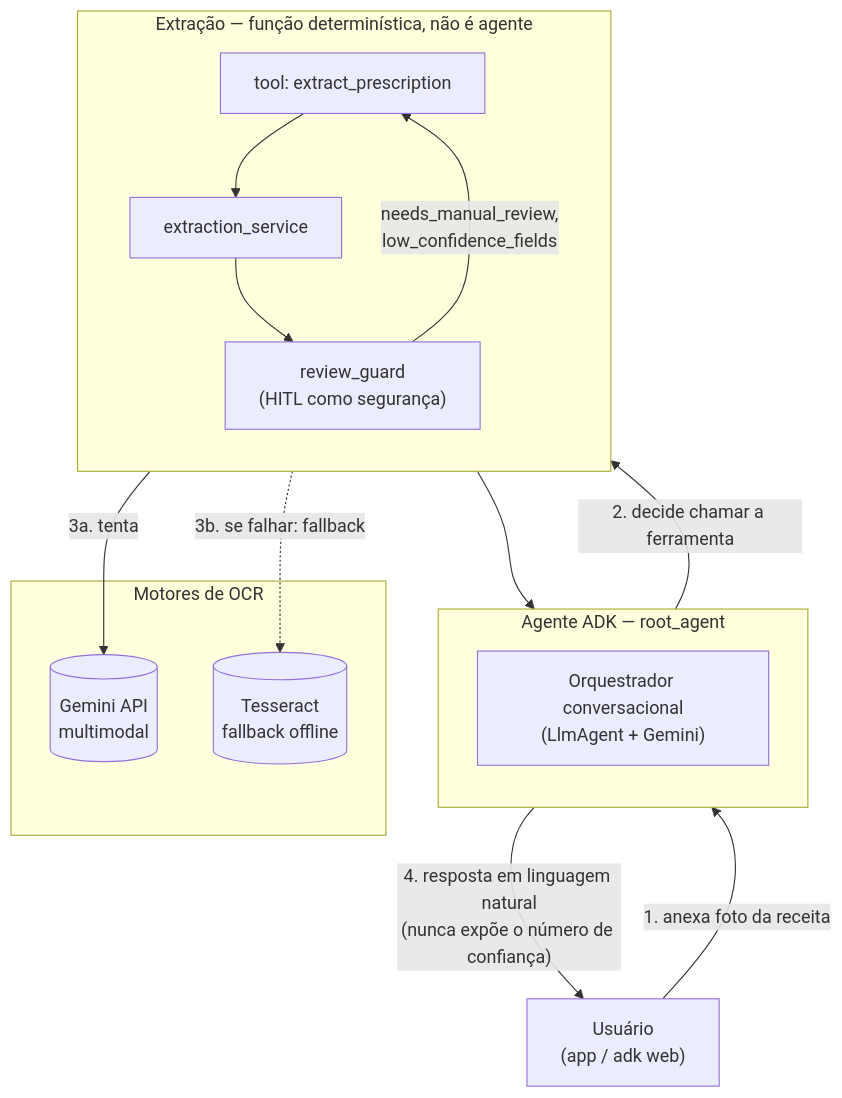
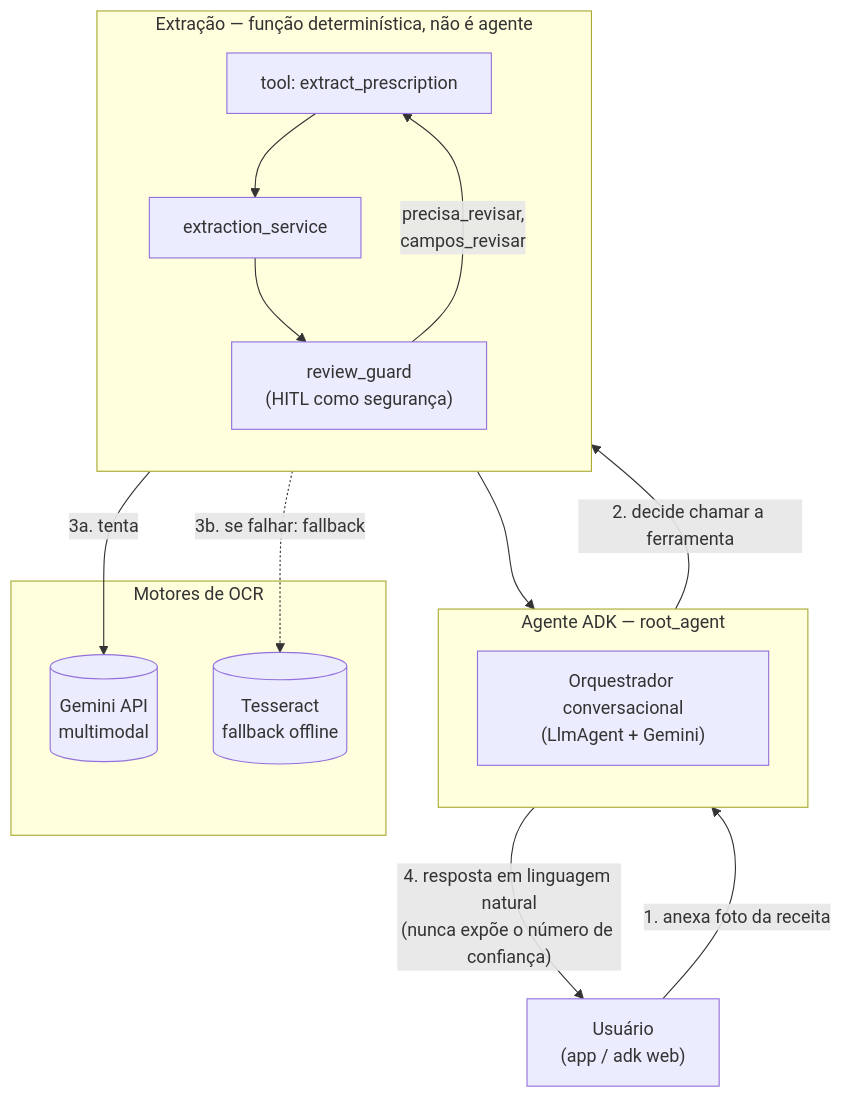
The first of 2 diagrams in agente/docs/ARCHITECTURE.md (luan-sousaa/SafePass), drawn with Mermaid before and after one commit. The commit also changed other lines of this file and 21 other files, not shown here.

````diff
--- a/agente/docs/ARCHITECTURE.md
+++ b/agente/docs/ARCHITECTURE.md
@@ -19,31 +19,31 @@
 ```mermaid
 graph TB
     User["Usuário<br/>(app / adk web)"]
 
     subgraph Agente["Agente ADK — root_agent"]
         direction TB
         Orchestrator["Orquestrador conversacional<br/>(LlmAgent + Gemini)"]
     end
 
     subgraph Extracao["Extração — função determinística, não é agente"]
         direction TB
         Tool["tool: extract_prescription"]
         Service["extraction_service"]
         Guard["review_guard<br/>(HITL como segurança)"]
     end
 
     subgraph Motores["Motores de OCR"]
         Gemini[("Gemini API<br/>multimodal")]
         Tesseract[("Tesseract<br/>fallback offline")]
     end
 
     User -->|"1. anexa foto da receita"| Orchestrator
     Orchestrator -->|"2. decide chamar a ferramenta"| Tool
     Tool --> Service
     Service -->|"3a. tenta"| Gemini
     Service -.->|"3b. se falhar: fallback"| Tesseract
     Service --> Guard
-    Guard -->|"needs_manual_review,<br/>low_confidence_fields"| Tool
+    Guard -->|"precisa_revisar,<br/>campos_revisar"| Tool
     Tool --> Orchestrator
     Orchestrator -->|"4. resposta em linguagem natural<br/>(nunca expõe o número de confiança)"| User
 ```
````
